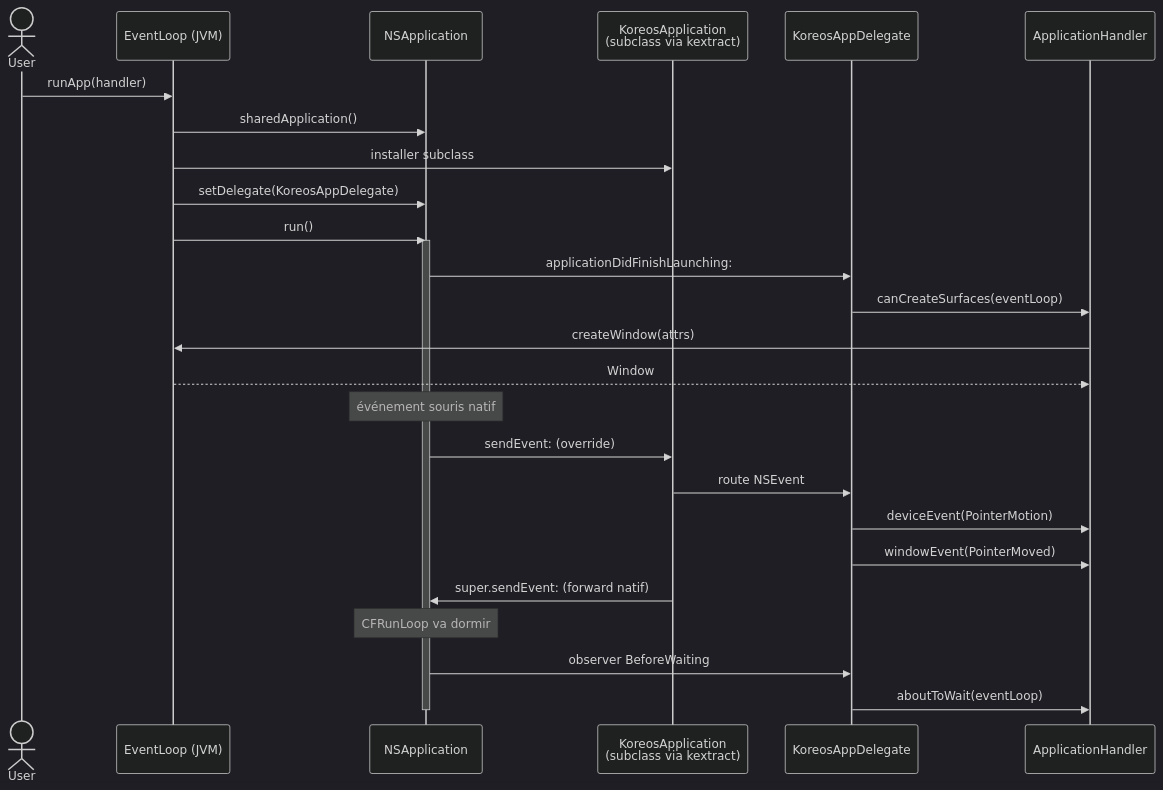
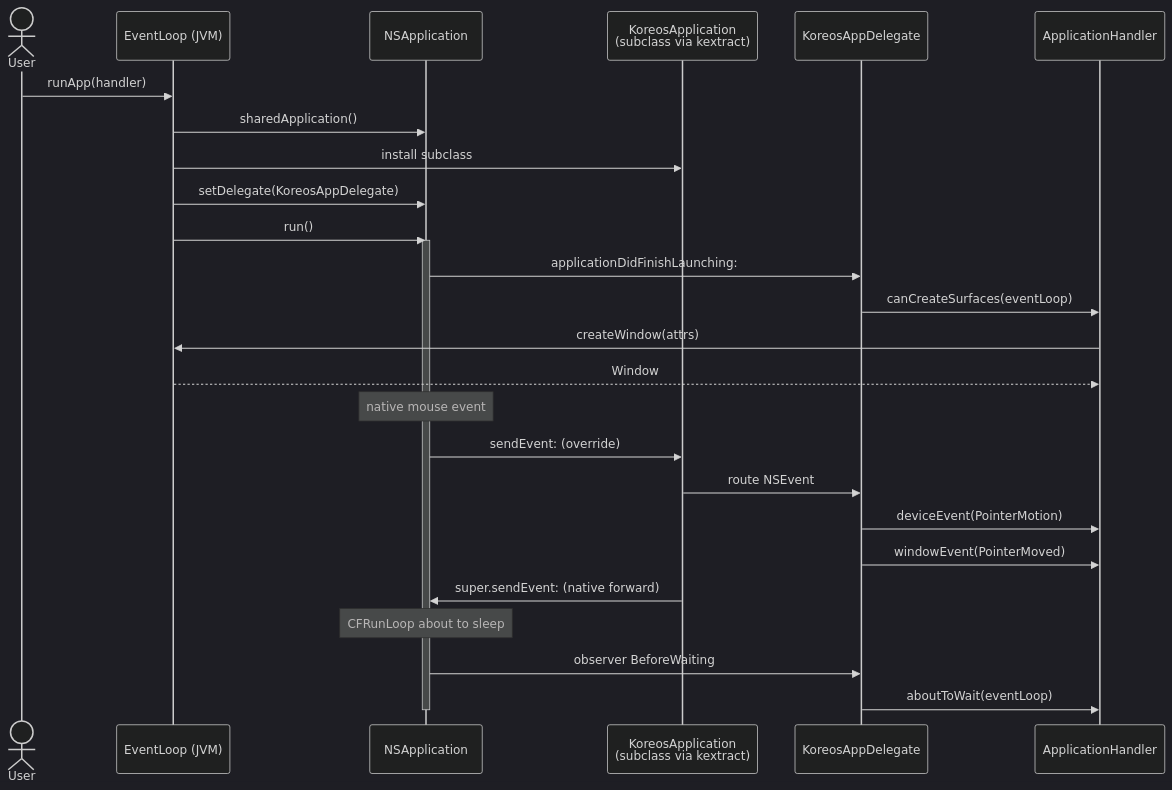
One commit to ygdrasil-io/poc-koreos changed the third of 4 diagrams in docs/koreos/specs.md. Above: the diagram before and after it, drawn with Mermaid (dark theme). The commit also changed other lines of this file and 47 other files, not shown here.

````diff
--- a/docs/koreos/specs.md
+++ b/docs/koreos/specs.md
@@ -292,34 +292,34 @@
 ```mermaid
 sequenceDiagram
     actor User
     participant EL as EventLoop (JVM)
     participant NSApp as NSApplication
     participant KApp as KoreosApplication<br/>(subclass via kextract)
     participant Delegate as KoreosAppDelegate
     participant Handler as ApplicationHandler
 
     User->>EL: runApp(handler)
     EL->>NSApp: sharedApplication()
-    EL->>KApp: installer subclass
+    EL->>KApp: install subclass
     EL->>NSApp: setDelegate(KoreosAppDelegate)
     EL->>NSApp: run()
     activate NSApp
 
     NSApp->>Delegate: applicationDidFinishLaunching:
     Delegate->>Handler: canCreateSurfaces(eventLoop)
     Handler->>EL: createWindow(attrs)
     EL-->>Handler: Window
 
-    Note over NSApp: événement souris natif
+    Note over NSApp: native mouse event
     NSApp->>KApp: sendEvent: (override)
     KApp->>Delegate: route NSEvent
     Delegate->>Handler: deviceEvent(PointerMotion)
     Delegate->>Handler: windowEvent(PointerMoved)
-    KApp->>NSApp: super.sendEvent: (forward natif)
+    KApp->>NSApp: super.sendEvent: (native forward)
 
-    Note over NSApp: CFRunLoop va dormir
+    Note over NSApp: CFRunLoop about to sleep
     NSApp->>Delegate: observer BeforeWaiting
     Delegate->>Handler: aboutToWait(eventLoop)
 
     deactivate NSApp
 ```
````
